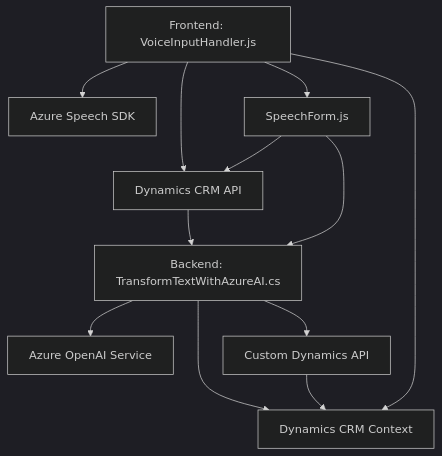
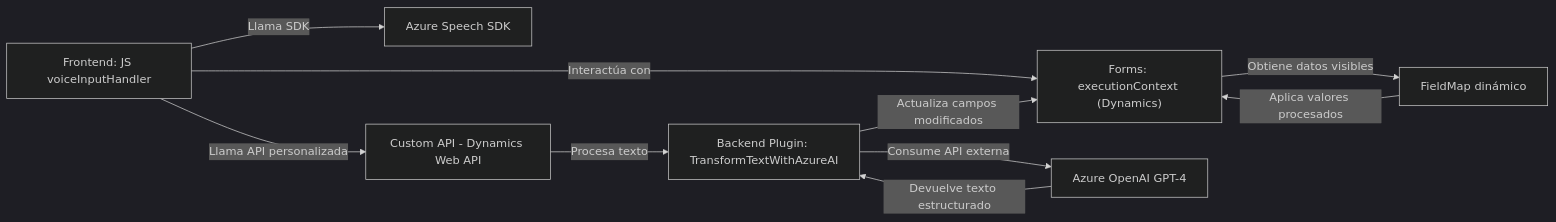
Before and after one commit to blopezdm/NETCORE_BILBAO2025: the diagram in README.md, drawn with Mermaid (dark theme). The commit also changed other lines of this file, not shown here.

Commit message:
Actualizar análisis global de la solución con IA

````diff
--- a/README.md
+++ b/README.md
@@ -38,23 +35,13 @@
 ```mermaid
-graph TD
-    A["Frontend: VoiceInputHandler.js"]
-    B["Azure Speech SDK"]
-    C["Dynamics CRM API"]
-    D["SpeechForm.js"]
-    E["Backend: TransformTextWithAzureAI.cs"]
-    F["Azure OpenAI Service"]
-    G["Dynamics CRM Context"]
-    H["Custom Dynamics API"]
+graph LR
+    A["Frontend: JS voiceInputHandler"] -- Llama SDK --> B["Azure Speech SDK"]
+    A -- Interactúa con --> C["Forms: executionContext (Dynamics)"]
+    C -- Obtiene datos visibles --> D["FieldMap dinámico"]
+    D -- Aplica valores procesados --> C
 
-    A --> B
-    A --> C
-    A --> D
-    D --> C
-    D --> E
-    C --> E
-    E --> F
-    E --> G
-    A --> G
-    E --> H
-    H --> G
+    A -- Llama API personalizada --> E["Custom API - Dynamics Web API"]
+    E -- Procesa texto --> F["Backend Plugin: TransformTextWithAzureAI"]
+    F -- Consume API externa --> G["Azure OpenAI GPT-4"]
+    G -- Devuelve texto estructurado --> F
+    F -- Actualiza campos modificados --> C
 ```
````
